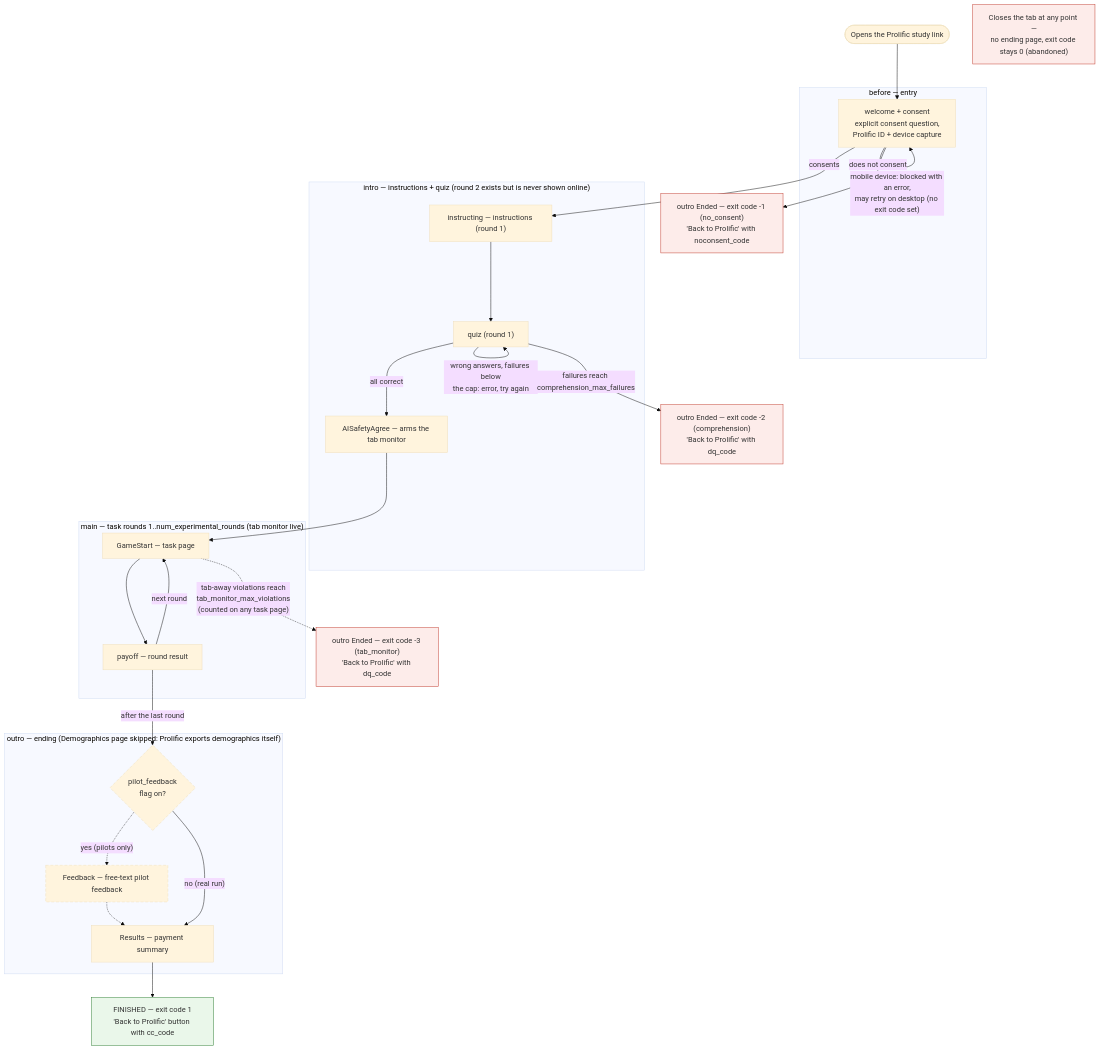
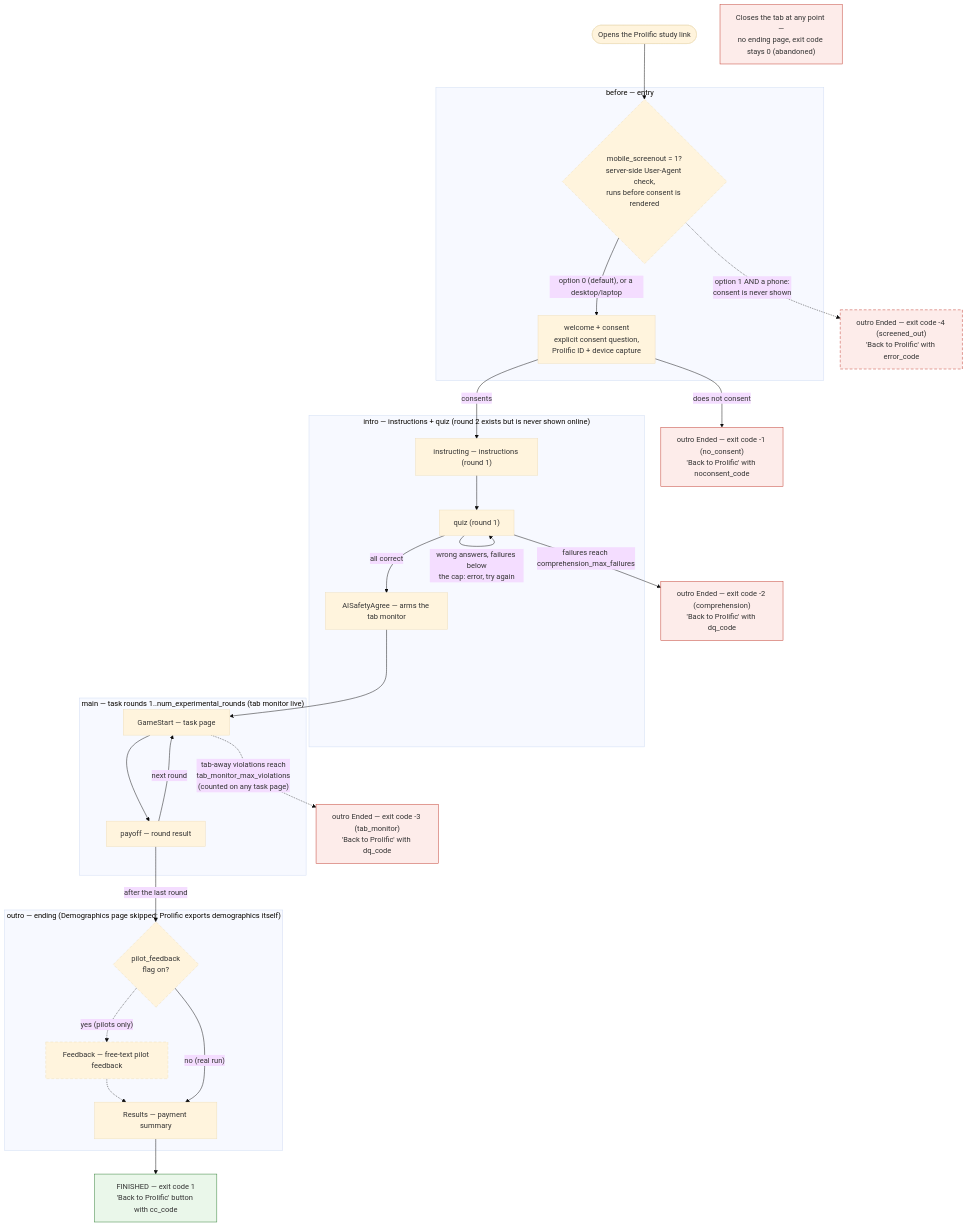
Before and after one commit to juliantait/Template_oTree: the first of 2 diagrams in README.md, drawn with Mermaid (base theme). The commit also changed other lines of this file and 11 other files, not shown here.

First line of the commit message:
Add configurable mobile screen-out gate and drop the unused timed_out exit code

````diff
--- a/README.md
+++ b/README.md
@@ -95,47 +105,50 @@
 ```mermaid
 flowchart TD
     classDef terminal fill:#fdecea,stroke:#c0392b
     classDef success fill:#eaf7ea,stroke:#2e7d32
     classDef flagdep stroke-dasharray:6 4
 
-    Start(["Opens the Prolific study link"]) --> Welcome
+    Start(["Opens the Prolific study link"]) --> Gate
     subgraph BEFORE ["before — entry"]
+        Gate{"mobile_screenout = 1?<br>server-side User-Agent check,<br>runs before consent is rendered"}
+        Gate -- "option 0 (default), or a desktop/laptop" --> Welcome
         Welcome["welcome + consent<br>explicit consent question,<br>Prolific ID + device capture"]
-        Welcome -- "mobile device: blocked with an error,<br>may retry on desktop (no exit code set)" --> Welcome
     end
+    Gate -. "option 1 AND a phone:<br>consent is never shown" .-> EndedSO
     Welcome -- "does not consent" --> EndedNC
     Welcome -- "consents" --> Instr1
 
     subgraph INTRO ["intro — instructions + quiz (round 2 exists but is never shown online)"]
         Instr1["instructing — instructions (round 1)"] --> Quiz1["quiz (round 1)"]
         Quiz1 -- "wrong answers, failures below<br>the cap: error, try again" --> Quiz1
         Quiz1 -- "all correct" --> Arm["AISafetyAgree — arms the tab monitor"]
     end
     Quiz1 -- "failures reach comprehension_max_failures" --> EndedDQ
 
     Arm --> Game
     subgraph MAIN ["main — task rounds 1..num_experimental_rounds (tab monitor live)"]
         Game["GameStart — task page"] --> Payoff["payoff — round result"]
         Payoff -- "next round" --> Game
     end
     Game -. "tab-away violations reach<br>tab_monitor_max_violations<br>(counted on any task page)" .-> EndedTM
     Payoff -- "after the last round" --> FbGate
 
     subgraph OUTRO ["outro — ending (Demographics page skipped: Prolific exports demographics itself)"]
         FbGate{"pilot_feedback<br>flag on?"}
         FbGate -. "yes (pilots only)" .-> Fb["Feedback — free-text pilot feedback"]
         Fb -.-> Results
         FbGate -- "no (real run)" --> Results
         Results["Results — payment summary"]
     end
 
     Results --> Done["FINISHED — exit code 1<br>'Back to Prolific' button with cc_code"]
     EndedNC["outro Ended — exit code -1 (no_consent)<br>'Back to Prolific' with noconsent_code"]
     EndedDQ["outro Ended — exit code -2 (comprehension)<br>'Back to Prolific' with dq_code"]
     EndedTM["outro Ended — exit code -3 (tab_monitor)<br>'Back to Prolific' with dq_code"]
+    EndedSO["outro Ended — exit code -4 (screened_out)<br>'Back to Prolific' with error_code"]
     Abandon["Closes the tab at any point —<br>no ending page, exit code stays 0 (abandoned)"]
 
     class Done success
-    class EndedNC,EndedDQ,EndedTM,Abandon terminal
-    class Fb,FbGate flagdep
+    class EndedNC,EndedDQ,EndedTM,EndedSO,Abandon terminal
+    class Fb,FbGate,Gate,EndedSO flagdep
 ```
````
